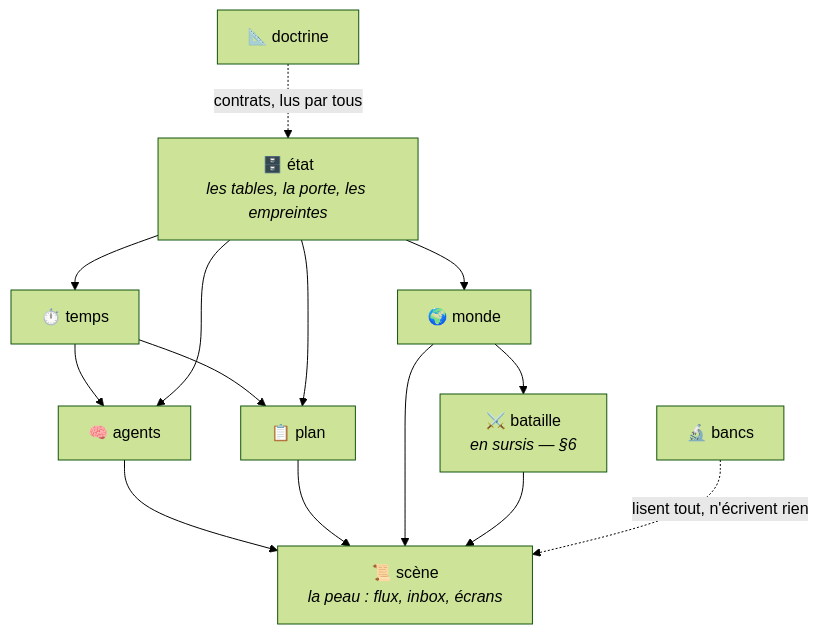
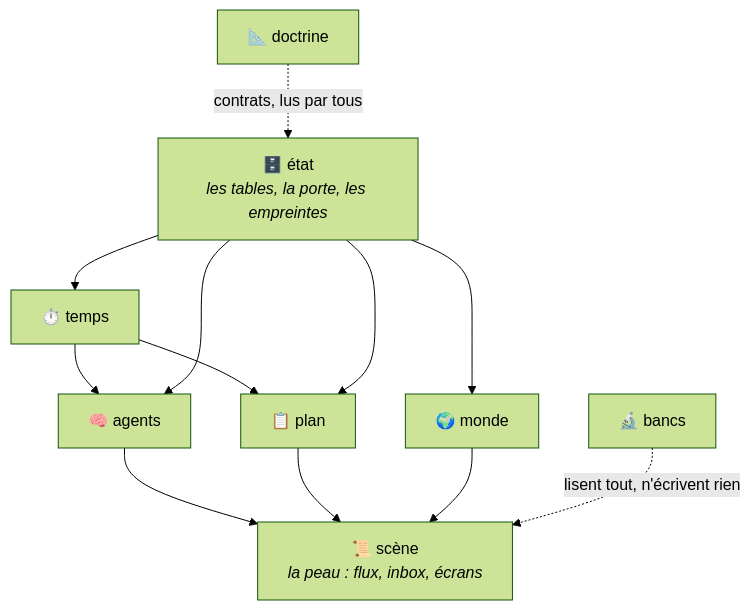
Before and after one commit to mind-protocol/the-council: the diagram in docs/organisation.md, drawn with Mermaid (forest theme). The commit also changed other lines of this file and 179 other files, not shown here.

````diff
--- a/docs/organisation.md
+++ b/docs/organisation.md
@@ -118,26 +117,23 @@
 ```mermaid
 flowchart TB
     ETAT["🗄️ état<br/><i>les tables, la porte, les empreintes</i>"]
     TEMPS["⏱️ temps"]
     MONDE["🌍 monde"]
     AGENTS["🧠 agents"]
     PLAN["📋 plan"]
     SCENE["📜 scène<br/><i>la peau : flux, inbox, écrans</i>"]
-    BAT["⚔️ bataille<br/><i>en sursis — §6</i>"]
     DOC["📐 doctrine"]
     BANCS["🔬 bancs"]
 
     ETAT --> TEMPS
     ETAT --> MONDE
     TEMPS --> AGENTS
     TEMPS --> PLAN
     ETAT --> AGENTS
     ETAT --> PLAN
     AGENTS --> SCENE
     PLAN --> SCENE
     MONDE --> SCENE
-    BAT --> SCENE
-    MONDE --> BAT
     DOC -. contrats, lus par tous .-> ETAT
     BANCS -. lisent tout, n'écrivent rien .-> SCENE
 ```
````
